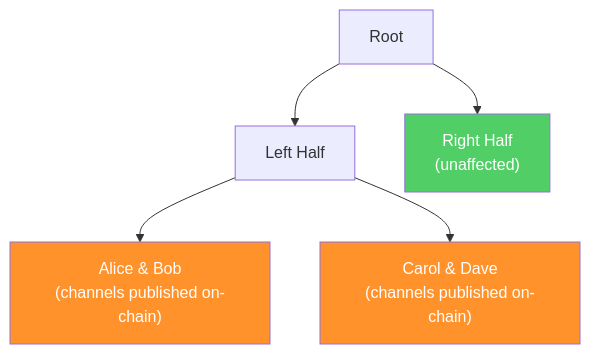
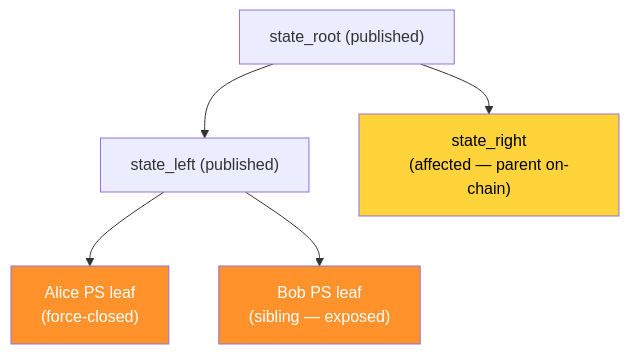
Before and after one commit to 8144225309/superscalar-docs: the third of 3 diagrams in core-concepts/factory-tree-topology.md, drawn with Mermaid. The commit also changed other lines of this file and 28 other files, not shown here.

First line of the commit message:
docs: full overhaul — accuracy + PS-leaf diagrams + drift fixes + operational-security (#27)

````diff
--- a/core-concepts/factory-tree-topology.md
+++ b/core-concepts/factory-tree-topology.md
@@ -143,11 +171,11 @@
 ```mermaid
 graph TD
-    R["Root"] --> L["Left Half"]
-    R --> Ri["Right Half<br/>(unaffected)"]
-    L --> LL["Alice & Bob<br/>(channels published on-chain)"]
-    L --> LR["Carol & Dave<br/>(channels published on-chain)"]
+    R["state_root (published)"] --> L["state_left (published)"]
+    R --> Ri["state_right<br/>(affected — parent on-chain)"]
+    L --> LA["Alice PS leaf<br/>(force-closed)"]
+    L --> LB["Bob PS leaf<br/>(sibling — exposed)"]
 
-    style Ri fill:#51cf66,color:#fff
-    style LL fill:#ff922b,color:#fff
-    style LR fill:#ff922b,color:#fff
+    style Ri fill:#ffd43b,color:#000
+    style LA fill:#ff922b,color:#fff
+    style LB fill:#ff922b,color:#fff
 ```
````
